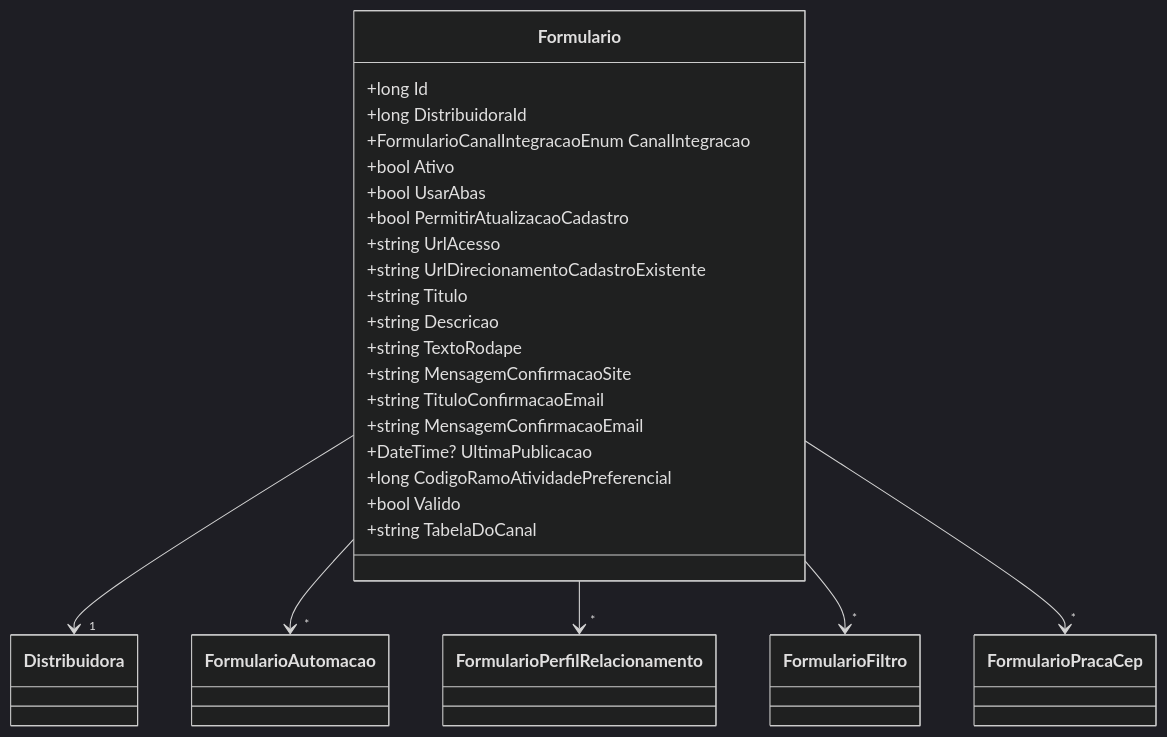
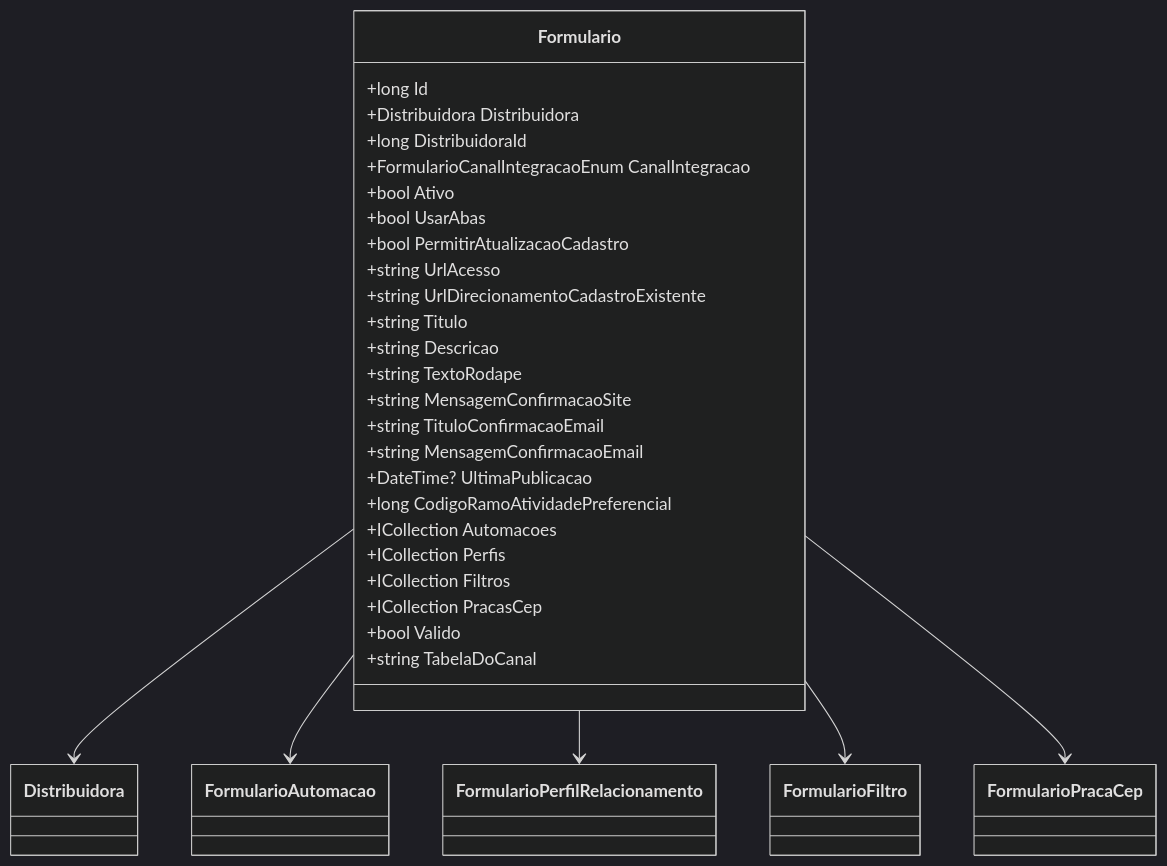
One commit to IsthmusSistemas/documentacao-tecnica changed the second of 2 diagrams in docs/b2b-dominio/IsthmusWinthor.Nucleo/IsthmusWinthor.Dominio/Entidades/Formulario.md. Above: the diagram before and after it, drawn with Mermaid (dark theme). The commit also changed other lines of this file and 882 other files, not shown here.

````diff
--- a/docs/b2b-dominio/IsthmusWinthor.Nucleo/IsthmusWinthor.Dominio/Entidades/Formulario.md
+++ b/docs/b2b-dominio/IsthmusWinthor.Nucleo/IsthmusWinthor.Dominio/Entidades/Formulario.md
@@ -50,29 +54,34 @@
 ```mermaid
 classDiagram
     class Formulario {
         +long Id
+        +Distribuidora Distribuidora
         +long DistribuidoraId
         +FormularioCanalIntegracaoEnum CanalIntegracao
         +bool Ativo
         +bool UsarAbas
         +bool PermitirAtualizacaoCadastro
         +string UrlAcesso
         +string UrlDirecionamentoCadastroExistente
         +string Titulo
         +string Descricao
         +string TextoRodape
         +string MensagemConfirmacaoSite
         +string TituloConfirmacaoEmail
         +string MensagemConfirmacaoEmail
         +DateTime? UltimaPublicacao
         +long CodigoRamoAtividadePreferencial
+        +ICollection<FormularioAutomacao> Automacoes
+        +ICollection<FormularioPerfilRelacionamento> Perfis
+        +ICollection<FormularioFiltro> Filtros
+        +ICollection<FormularioPracaCep> PracasCep
         +bool Valido
         +string TabelaDoCanal
     }
-
-    Formulario --> "1" Distribuidora
-    Formulario --> "*" FormularioAutomacao
-    Formulario --> "*" FormularioPerfilRelacionamento
-    Formulario --> "*" FormularioFiltro
-    Formulario --> "*" FormularioPracaCep
+    
+    Formulario --> Distribuidora
+    Formulario --> FormularioAutomacao
+    Formulario --> FormularioPerfilRelacionamento
+    Formulario --> FormularioFiltro
+    Formulario --> FormularioPracaCep
 ```
````
